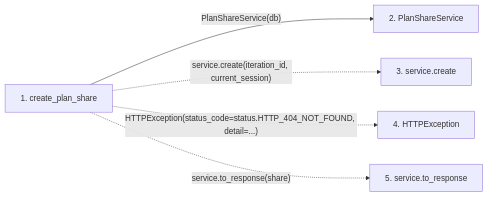
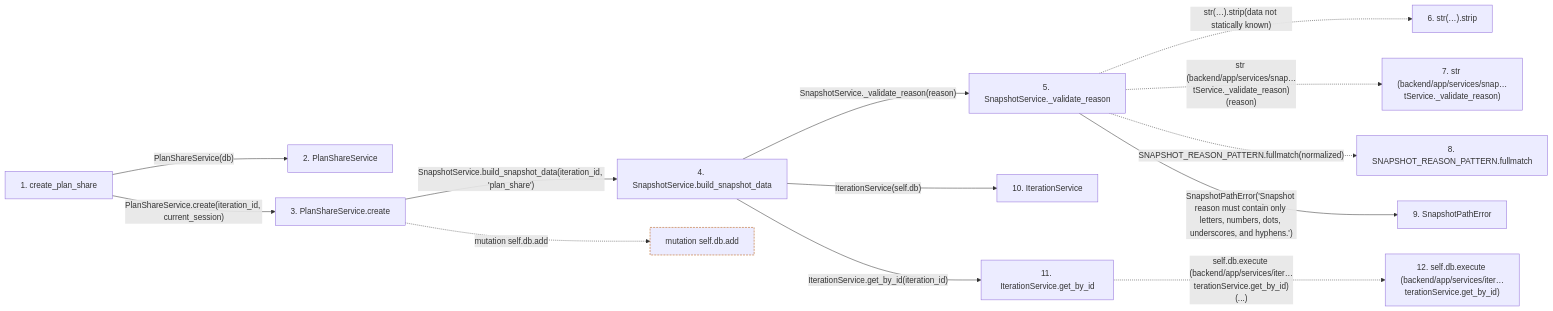
One commit to Denissvgn/WorkChord changed the second of 2 diagrams in docs/llm_wiki/flows/http-create_plan_share.md. Above: the diagram before and after it, drawn with Mermaid. The commit also changed other lines of this file and 25171 other files, not shown here.

````diff
--- a/docs/llm_wiki/flows/http-create_plan_share.md
+++ b/docs/llm_wiki/flows/http-create_plan_share.md
@@ -26,14 +141,38 @@
 ```mermaid
 flowchart LR
     s1["1. create_plan_share"]
     s2["2. PlanShareService"]
-    s3["3. service.create"]
-    s4["4. HTTPException"]
-    s5["5. service.to_response"]
+    s3["3. PlanShareService.create"]
+    s4["4. SnapshotService.build_snapshot_data"]
+    s5["5. SnapshotService._validate_reason"]
+    s6["6. str(…).strip"]
+    s7["7. str (backend/app/services/snap…tService._validate_reason)"]
+    s8["8. SNAPSHOT_REASON_PATTERN.fullmatch"]
+    s9["9. SnapshotPathError"]
+    s10["10. IterationService"]
+    s11["11. IterationService.get_by_id"]
+    s12["12. self.db.execute (backend/app/services/iter…terationService.get_by_id)"]
     s1 -->|"PlanShareService(db)"| s2
-    s1 -. "service.create(iteration_id, current_session)" .-> s3
-    s1 -. "HTTPException(status_code=status.HTTP_404_NOT_FOUND, detail=...)" .-> s4
-    s1 -. "service.to_response(share)" .-> s5
+    s1 -->|"PlanShareService.create(iteration_id, current_session)"| s3
+    s3 -->|"SnapshotService.build_snapshot_data(iteration_id, 'plan_share')"| s4
+    s4 -->|"SnapshotService._validate_reason(reason)"| s5
+    s5 -. "str(…).strip(data not statically known)" .-> s6
+    s5 -. "str (backend/app/services/snap…tService._validate_reason)(reason)" .-> s7
+    s5 -. "SNAPSHOT_REASON_PATTERN.fullmatch(normalized)" .-> s8
+    s5 -->|"SnapshotPathError('Snapshot reason must contain only letters, numbers, dots, underscores, and hyphens.')"| s9
+    s4 -->|"IterationService(self.db)"| s10
+    s4 -->|"IterationService.get_by_id(iteration_id)"| s11
+    s11 -. "self.db.execute (backend/app/services/iter…terationService.get_by_id)(...)" .-> s12
+    b0["mutation self.db.add"]
+    s3 -. "mutation self.db.add" .-> b0
     click s1 "../modules/plan_shares.md"
     click s2 "../modules/plan_share_service.md"
+    click s3 "../modules/plan_share_service.md"
+    click s4 "../modules/snapshot_service.md"
+    click s5 "../modules/snapshot_service.md"
+    click s9 "../modules/snapshot_service.md"
+    click s10 "../modules/iteration_service.md"
+    click s11 "../modules/iteration_service.md"
+    classDef boundary stroke:#b45309,stroke-dasharray: 4 2
+    class b0 boundary
 ```
````
